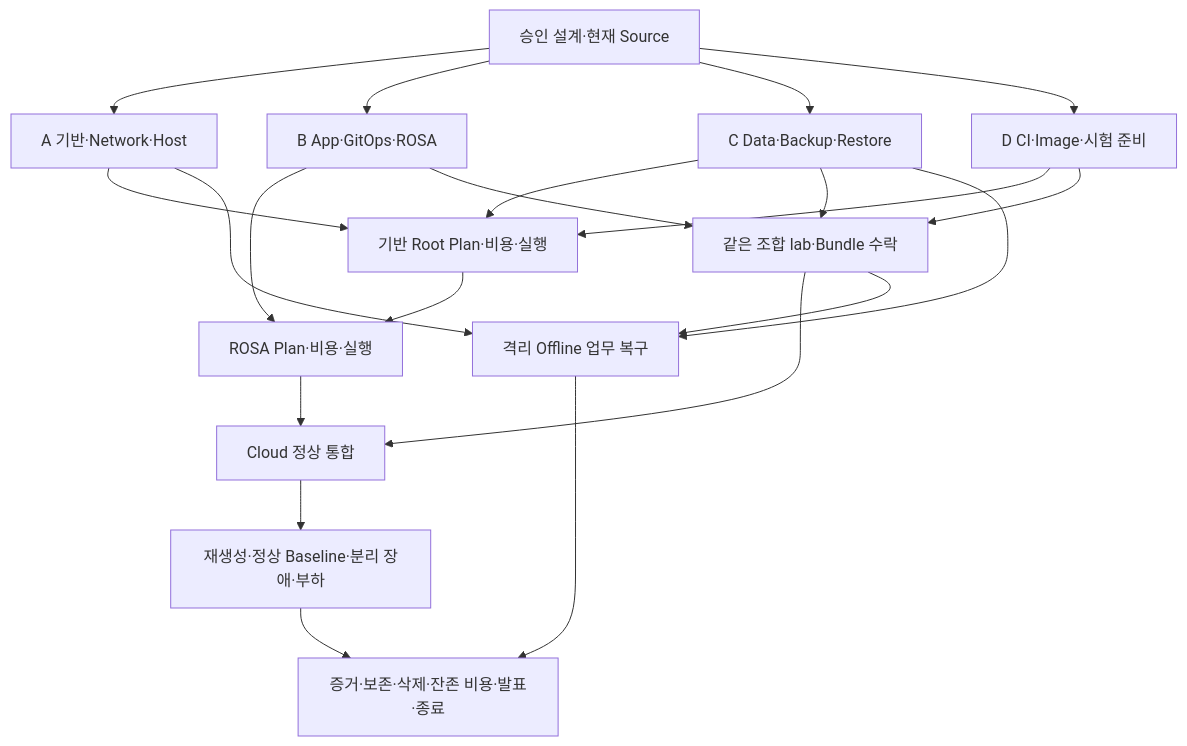
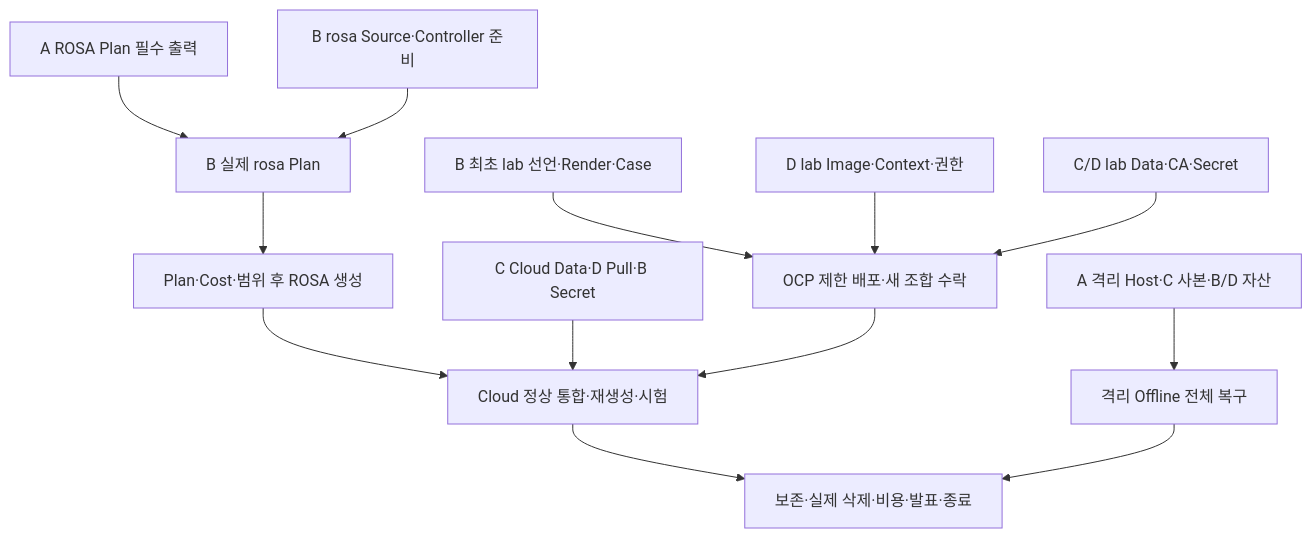
Before and after one commit to seokpan/seokpan-hybrid-docs: the diagram in execution/TEAM_EXECUTION_SEQUENCE.md, drawn with Mermaid. The commit also changed other lines of this file and 4 other files, not shown here.

Commit message:
docs: clarify B next actions and OCP/ROSA platform lifecycle by minimum inputs

````diff
--- a/execution/TEAM_EXECUTION_SEQUENCE.md
+++ b/execution/TEAM_EXECUTION_SEQUENCE.md
@@ -47,35 +50,28 @@
 ```mermaid
 flowchart TB
-    S["승인 설계·현재 Source"]
-    A["A 기반·Network·Host"]
-    B["B App·GitOps·ROSA"]
-    C["C Data·Backup·Restore"]
-    D["D CI·Image·시험 준비"]
-    L["같은 조합 lab·Bundle 수락"]
-    F["기반 Root Plan·비용·실행"]
-    R["ROSA Plan·비용·실행"]
-    U["Cloud 정상 통합"]
-    O["격리 Offline 업무 복구"]
-    V["재생성·정상 Baseline·분리 장애·부하"]
-    E["증거·보존·삭제·잔존 비용·발표·종료"]
-    S --> A
-    S --> B
-    S --> C
-    S --> D
-    A --> F
-    C --> F
-    D --> F
-    F --> R
-    B --> R
-    B --> L
-    C --> L
-    D --> L
-    R --> U
-    L --> U
-    A --> O
-    L --> O
-    C --> O
-    U --> V
-    V --> E
-    O --> E
+    BS["B 최초 lab 선언·Render·Case"]
+    DI["D lab Image·Context·권한"]
+    CI["C/D lab Data·CA·Secret"]
+    OC["OCP 제한 배포·새 조합 수락"]
+    AO["A ROSA Plan 필수 출력"]
+    BR["B rosa Source·Controller 준비"]
+    RP["B 실제 rosa Plan"]
+    RC["Plan·Cost·범위 후 ROSA 생성"]
+    CD["C Cloud Data·D Pull·B Secret"]
+    U["Cloud 정상 통합·재생성·시험"]
+    LO["A 격리 Host·C 사본·B/D 자산"]
+    OF["격리 Offline 전체 복구"]
+    E["보존·실제 삭제·비용·발표·종료"]
+    BS --> OC
+    DI --> OC
+    CI --> OC
+    AO --> RP
+    BR --> RP
+    RP --> RC
+    RC --> U
+    CD --> U
+    OC --> U
+    LO --> OF
+    U --> E
+    OF --> E
 ```
````
